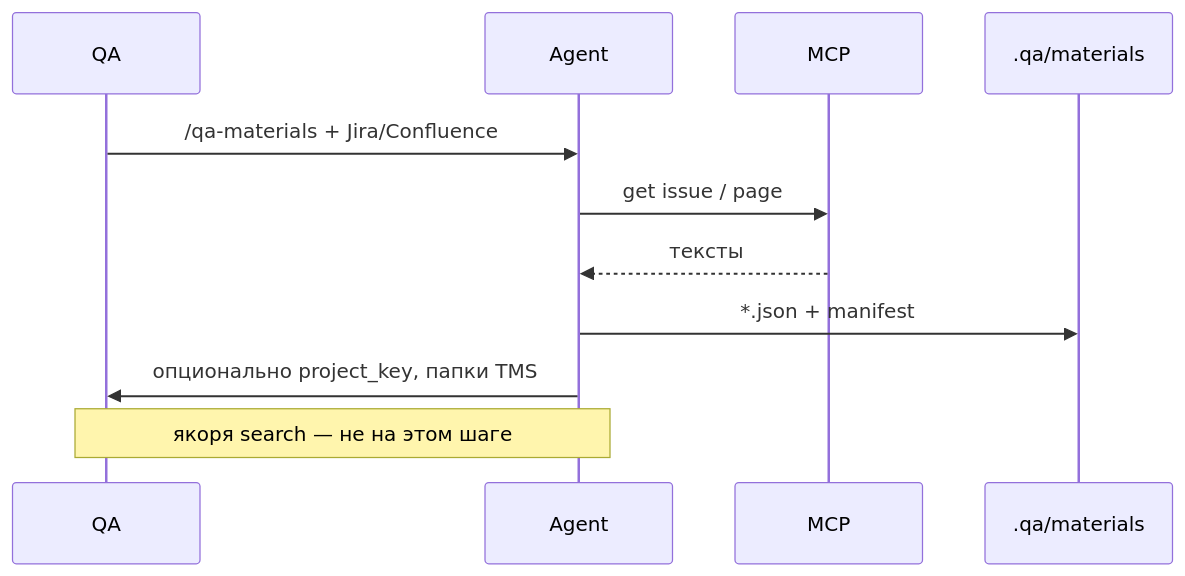
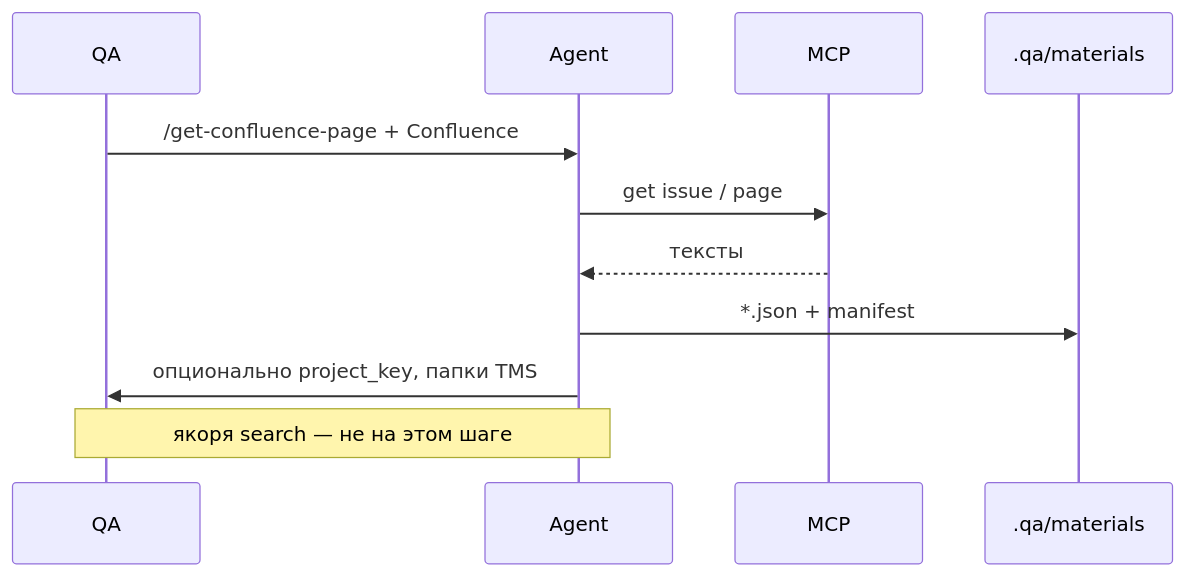
Before and after one commit to jansonnr/tgs_qa_plugin: the fifth of 9 diagrams in docs/REQUIREMENTS.md, drawn with Mermaid. The commit also changed other lines of this file and 37 other files, not shown here.

````diff
--- a/docs/REQUIREMENTS.md
+++ b/docs/REQUIREMENTS.md
@@ -276,14 +276,14 @@
 ```mermaid
 sequenceDiagram
   participant QA
   participant Agent
   participant MCP
   participant QAfolder as .qa/materials
 
-  QA->>Agent: /qa-materials + Jira/Confluence
+  QA->>Agent: /get-confluence-page + Confluence
   Agent->>MCP: get issue / page
   MCP-->>Agent: тексты
   Agent->>QAfolder: *.json + manifest
   Agent->>QA: опционально project_key, папки TMS
   Note over Agent,QA: якоря search — не на этом шаге
 ```
````
